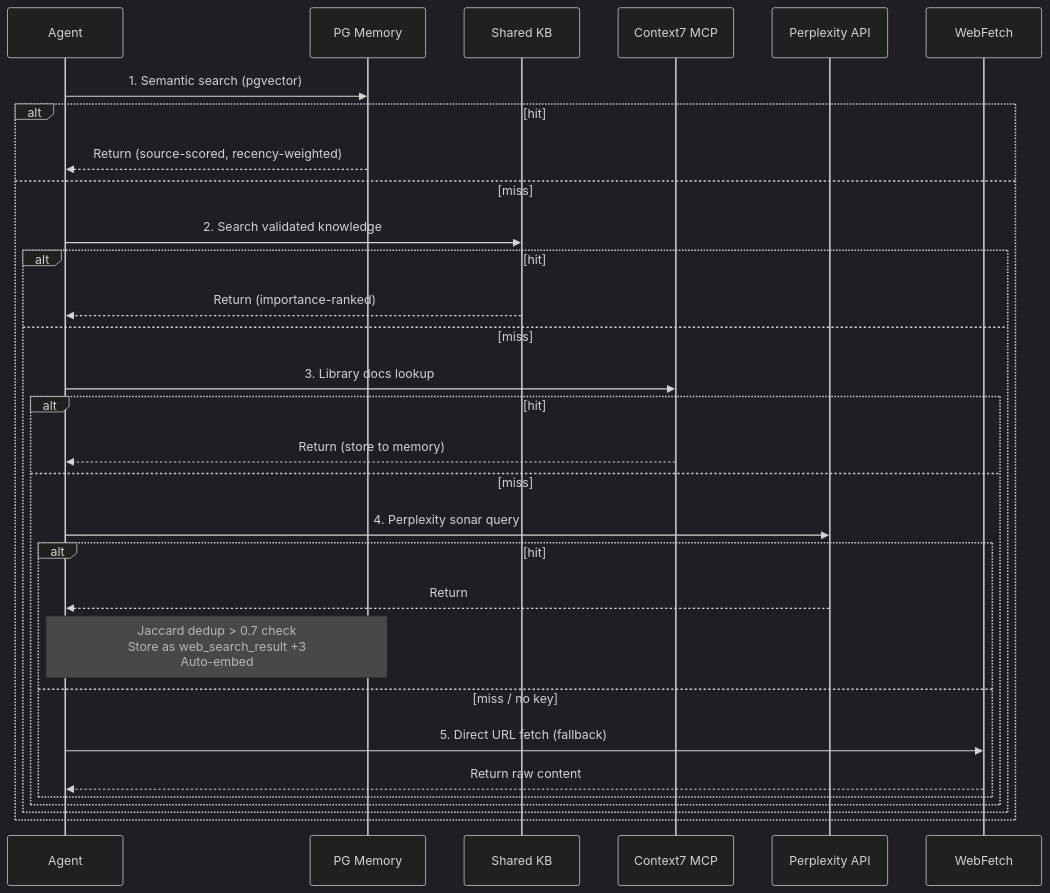
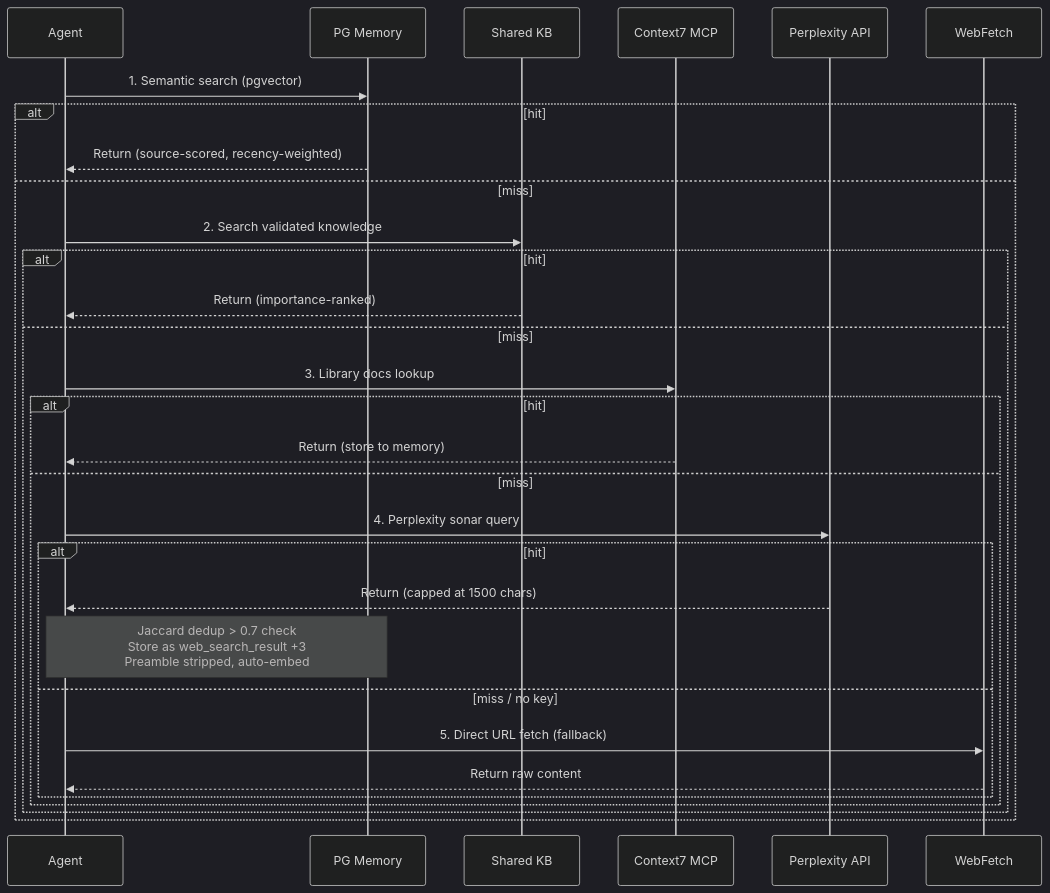
One commit to Luiscmogrovejo/gsd-amauta changed the sixth of 10 diagrams in README.md. Above: the diagram before and after it, drawn with Mermaid (dark theme). The commit also changed other lines of this file, not shown here.

Commit message:
docs: comprehensive README with all v2.2-2.4 features, 20 patterns, Mermaid diagrams

````diff
--- a/README.md
+++ b/README.md
@@ -284,33 +364,33 @@
 ```mermaid
 sequenceDiagram
     participant A as Agent
     participant M as PG Memory
     participant S as Shared KB
     participant C as Context7 MCP
     participant P as Perplexity API
     participant W as WebFetch
 
     A->>M: 1. Semantic search (pgvector)
     alt hit
         M-->>A: Return (source-scored, recency-weighted)
     else miss
         A->>S: 2. Search validated knowledge
         alt hit
             S-->>A: Return (importance-ranked)
         else miss
             A->>C: 3. Library docs lookup
             alt hit
                 C-->>A: Return (store to memory)
             else miss
                 A->>P: 4. Perplexity sonar query
                 alt hit
-                    P-->>A: Return
-                    Note over A,M: Jaccard dedup > 0.7 check<br/>Store as web_search_result +3<br/>Auto-embed
+                    P-->>A: Return (capped at 1500 chars)
+                    Note over A,M: Jaccard dedup > 0.7 check<br/>Store as web_search_result +3<br/>Preamble stripped, auto-embed
                 else miss / no key
                     A->>W: 5. Direct URL fetch (fallback)
                     W-->>A: Return raw content
                 end
             end
         end
     end
 ```
````
